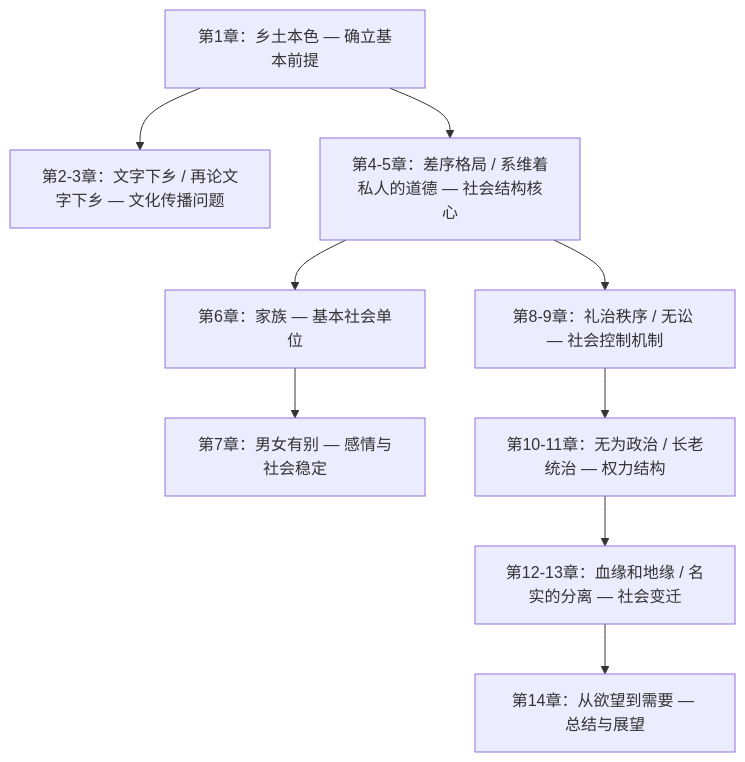
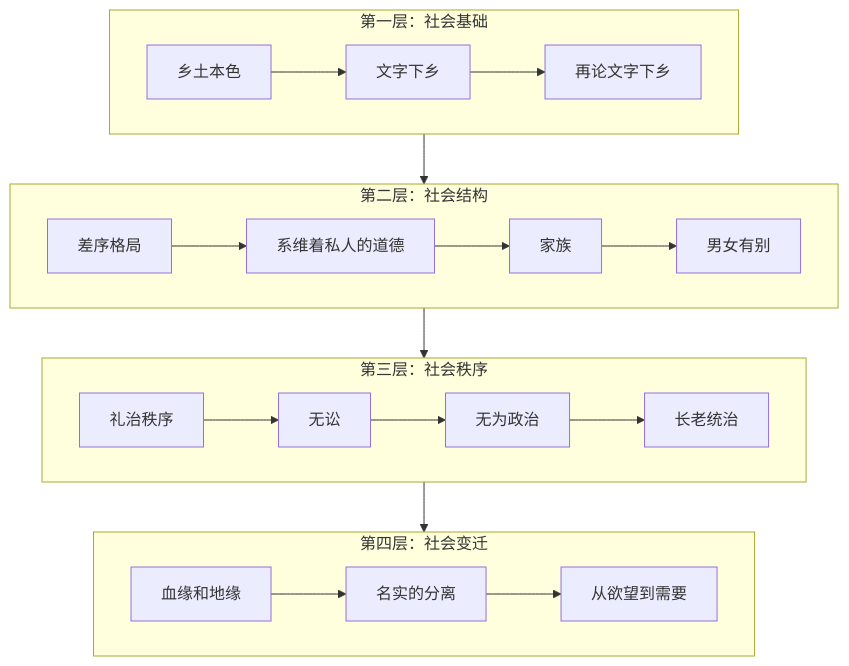
One commit to xdawayer/obsidian changed the second of 9 diagrams in 知识库/读书笔记/《乡土中国》 - 费孝通.md. Above: the diagram before and after it, drawn with Mermaid. The commit also changed other lines of this file and 48 other files, not shown here.

````diff
--- a/知识库/读书笔记/《乡土中国》 - 费孝通.md
+++ b/知识库/读书笔记/《乡土中国》 - 费孝通.md
@@ -30,11 +59,28 @@
 ```mermaid
-graph TD
-    A[第1章：乡土本色 — 确立基本前提] --> B[第2-3章：文字下乡 / 再论文字下乡 — 文化传播问题]
-    A --> C[第4-5章：差序格局 / 系维着私人的道德 — 社会结构核心]
-    C --> D[第6章：家族 — 基本社会单位]
-    D --> E[第7章：男女有别 — 感情与社会稳定]
-    C --> F[第8-9章：礼治秩序 / 无讼 — 社会控制机制]
-    F --> G[第10-11章：无为政治 / 长老统治 — 权力结构]
-    G --> H[第12-13章：血缘和地缘 / 名实的分离 — 社会变迁]
-    H --> I[第14章：从欲望到需要 — 总结与展望]
+flowchart TD
+    subgraph 基础层["第一层：社会基础"]
+        A[乡土本色] --> B[文字下乡]
+        B --> C[再论文字下乡]
+    end
+
+    subgraph 结构层["第二层：社会结构"]
+        D[差序格局] --> E[系维着私人的道德]
+        E --> F[家族]
+        F --> G[男女有别]
+    end
+
+    subgraph 秩序层["第三层：社会秩序"]
+        H[礼治秩序] --> I[无讼]
+        I --> J[无为政治]
+        J --> K[长老统治]
+    end
+
+    subgraph 变迁层["第四层：社会变迁"]
+        L[血缘和地缘] --> M[名实的分离]
+        M --> N[从欲望到需要]
+    end
+
+    基础层 --> 结构层
+    结构层 --> 秩序层
+    秩序层 --> 变迁层
 ```
````
